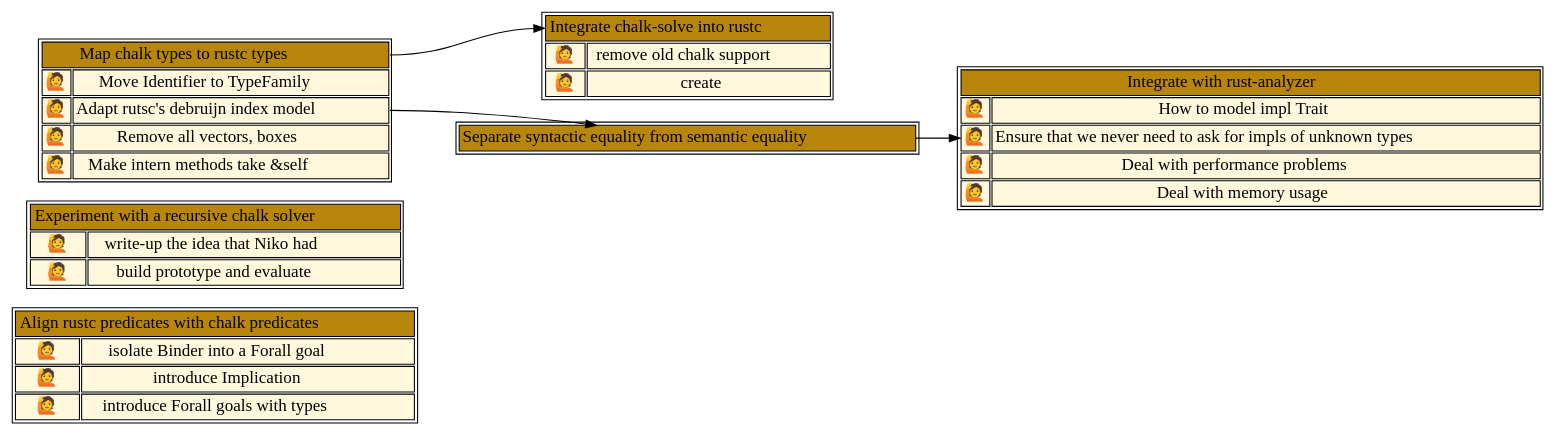
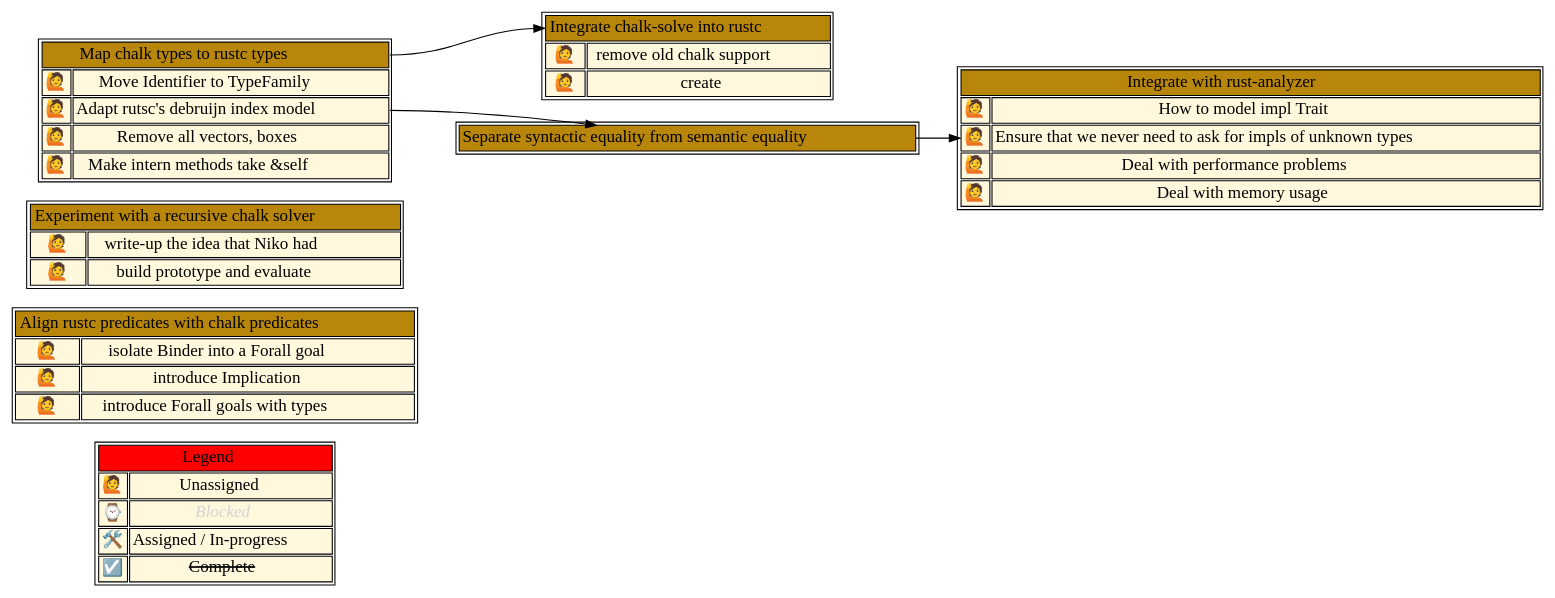
Before and after one commit to nikomatsakis/skill-tree: the diagram in skill-tree.dot, drawn with Graphviz.

Commit message:
Deploying to gh-pages from  @ 38b30347668dd8d091cf6fadc807e470ccb56c4c 🚀

```diff
--- a/skill-tree.dot
+++ b/skill-tree.dot
@@ -1,65 +1,76 @@
 digraph g {
 graph [ rankdir = "LR" ];
 node [ fontsize="16", shape = "ellipse" ];
 edge [ ];
+"legend" [
+  label = <<table>
+    <tr><td bgcolor="red" port="all" colspan="2">Legend</td></tr>
+    <tr><td bgcolor="cornsilk">🙋</td><td fontcolor="red" bgcolor="cornsilk">Unassigned</td></tr>
+    <tr><td bgcolor="cornsilk">⌚</td><td bgcolor="cornsilk"><i><font color="lightgrey">Blocked</font></i></td></tr>
+    <tr><td bgcolor="cornsilk">🛠️</td><td bgcolor="cornsilk">Assigned / In-progress</td></tr>
+    <tr><td bgcolor="cornsilk">☑️</td><td bgcolor="cornsilk"><s>Complete</s></td></tr>
+  </table>>
+  shape = "none"
+  margin = 0
+]
 "align-rustc-predicate" [
   label = <<table>
     <tr><td bgcolor="darkgoldenrod" port="all" colspan="2">Align rustc predicates with chalk predicates</td></tr>
     <tr><td bgcolor="cornsilk">🙋</td><td fontcolor="red" bgcolor="cornsilk">isolate Binder into a Forall goal</td></tr>
     <tr><td bgcolor="cornsilk">🙋</td><td fontcolor="red" bgcolor="cornsilk">introduce Implication</td></tr>
     <tr><td bgcolor="cornsilk">🙋</td><td fontcolor="red" bgcolor="cornsilk">introduce Forall goals with types</td></tr>
   </table>>
   shape = "none"
   margin = 0
 ]
 "recursive-solver" [
   label = <<table>
     <tr><td bgcolor="darkgoldenrod" port="all" colspan="2">Experiment with a recursive chalk solver</td></tr>
     <tr><td bgcolor="cornsilk">🙋</td><td fontcolor="red" bgcolor="cornsilk">write-up the idea that Niko had</td></tr>
     <tr><td bgcolor="cornsilk">🙋</td><td fontcolor="red" bgcolor="cornsilk">build prototype and evaluate</td></tr>
   </table>>
   shape = "none"
   margin = 0
 ]
 "rust-analyzer-integration" [
   label = <<table>
     <tr><td bgcolor="darkgoldenrod" port="all" colspan="2">Integrate with rust-analyzer</td></tr>
     <tr><td bgcolor="cornsilk">🙋</td><td fontcolor="red" bgcolor="cornsilk">How to model impl Trait</td></tr>
     <tr><td bgcolor="cornsilk" port="_askfor_in">🙋</td><td fontcolor="red" bgcolor="cornsilk" port="_askfor_out">Ensure that we never need to ask for impls of unknown types</td></tr>
     <tr><td bgcolor="cornsilk">🙋</td><td fontcolor="red" bgcolor="cornsilk">Deal with performance problems</td></tr>
     <tr><td bgcolor="cornsilk">🙋</td><td fontcolor="red" bgcolor="cornsilk">Deal with memory usage</td></tr>
   </table>>
   shape = "none"
   margin = 0
 ]
 "syntactic-semantic-equality" [
   label = <<table>
     <tr><td bgcolor="darkgoldenrod" port="all" colspan="2">Separate syntactic equality from semantic equality</td></tr>
   </table>>
   shape = "none"
   margin = 0
 ]
 "map-chalk-types-to-rustc-types" [
   label = <<table>
     <tr><td bgcolor="darkgoldenrod" port="all" colspan="2" href="http://example.org">Map chalk types to rustc types</td></tr>
     <tr><td bgcolor="cornsilk">🙋</td><td fontcolor="red" bgcolor="cornsilk">Move Identifier to TypeFamily</td></tr>
     <tr><td bgcolor="cornsilk" port="_debruijn_in">🙋</td><td fontcolor="red" bgcolor="cornsilk" port="_debruijn_out">Adapt rutsc's debruijn index model</td></tr>
     <tr><td bgcolor="cornsilk">🙋</td><td fontcolor="red" bgcolor="cornsilk">Remove all vectors, boxes</td></tr>
     <tr><td bgcolor="cornsilk">🙋</td><td fontcolor="red" bgcolor="cornsilk">Make intern methods take &amp;self</td></tr>
   </table>>
   shape = "none"
   margin = 0
 ]
 "rustc-integration-mvp" [
   label = <<table>
     <tr><td bgcolor="darkgoldenrod" port="all" colspan="2">Integrate chalk-solve into rustc</td></tr>
     <tr><td bgcolor="cornsilk">🙋</td><td fontcolor="red" bgcolor="cornsilk">remove old chalk support</td></tr>
     <tr><td bgcolor="cornsilk">🙋</td><td fontcolor="red" bgcolor="cornsilk">create</td></tr>
   </table>>
   shape = "none"
   margin = 0
 ]
 "syntactic-semantic-equality":all -> "rust-analyzer-integration":_askfor_in;
 "map-chalk-types-to-rustc-types":_debruijn_out -> "syntactic-semantic-equality":all;
 "map-chalk-types-to-rustc-types":all -> "rustc-integration-mvp":all;
 }
```
